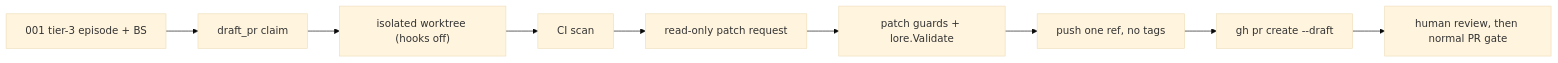
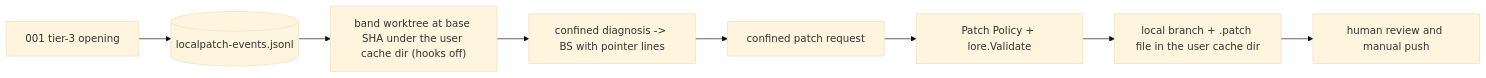
The diagram in .autopus/specs/SPEC-SIGMABAND-002/research.md (autopus-ai/autopus-adk), drawn with Mermaid (base theme) before and after one commit. The commit also changed other lines of this file and 15 other files, not shown here.

````diff
--- a/.autopus/specs/SPEC-SIGMABAND-002/research.md
+++ b/.autopus/specs/SPEC-SIGMABAND-002/research.md
@@ -19,5 +20,6 @@
 ```mermaid
 flowchart LR
-  E1["001 tier-3 episode + BS"] --> C["draft_pr claim"] --> WT["isolated worktree (hooks off)"] --> SC["CI scan"] --> PQ["read-only patch request"]
-  PQ --> GD["patch guards + lore.Validate"] --> PS["push one ref, no tags"] --> PR["gh pr create --draft"] --> HR["human review, then normal PR gate"]
+  E1["001 tier-3 opening"] --> DL[(localpatch-events.jsonl)] --> WT["band worktree at base SHA under the user cache dir (hooks off)"]
+  WT --> DX["confined diagnosis -> BS with pointer lines"] --> PQ["confined patch request"] --> GD["Patch Policy + lore.Validate"]
+  GD --> LP["local branch + .patch file in the user cache dir"] --> HR["human review and manual push"]
 ```
````
